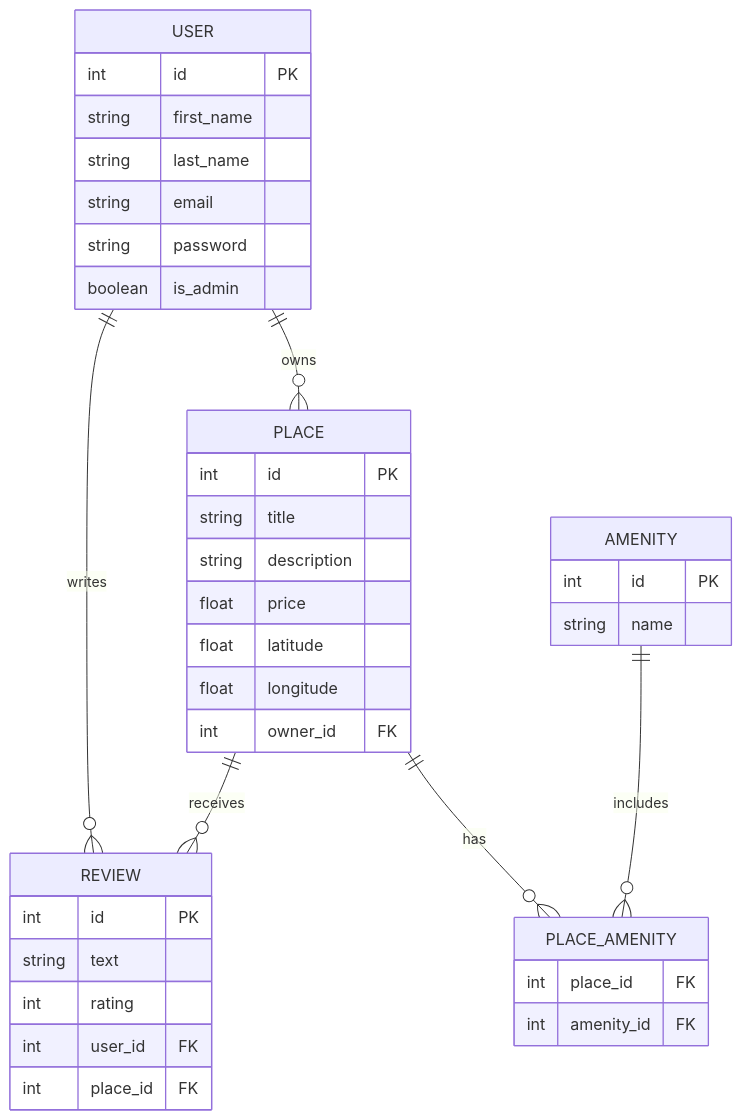
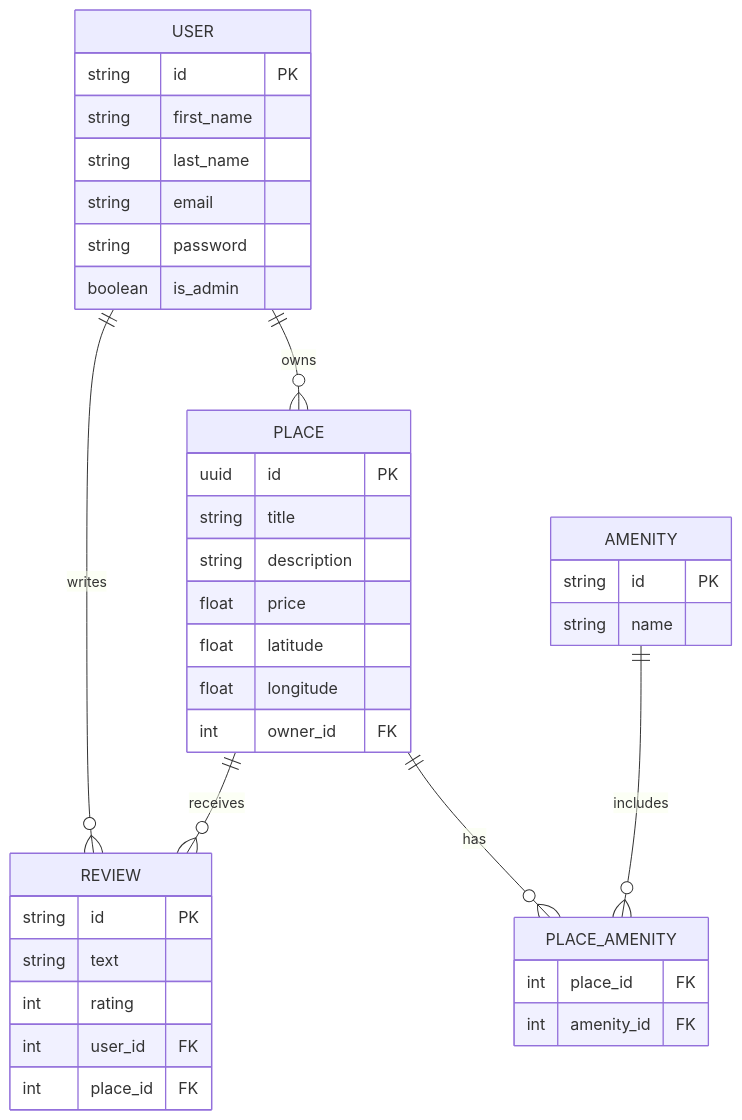
One commit to Writingway/holbertonschool-hbnb changed the diagram in part3/hbnb/ER_Diagram.md. Above: the diagram before and after it, drawn with Mermaid.

Commit message:
fix: update data types for primary keys in ER diagram

````diff
--- a/part3/hbnb/ER_Diagram.md
+++ b/part3/hbnb/ER_Diagram.md
@@ -1,46 +1,46 @@
 ```mermaid
 erDiagram
 
     USER {
-        int id PK
+        string id PK
         string first_name
         string last_name
         string email
         string password
         boolean is_admin
     }
 
     PLACE {
-        int id PK
+        uuid id PK
         string title
         string description
         float price
         float latitude
         float longitude
         int owner_id FK
     }
 
     REVIEW {
-        int id PK
+        string id PK
         string text
         int rating
         int user_id FK
         int place_id FK
     }
 
     AMENITY {
-        int id PK
+        string id PK
         string name
     }
 
     PLACE_AMENITY {
         int place_id FK
         int amenity_id FK
     }
 
     USER ||--o{ PLACE : owns
     USER ||--o{ REVIEW : writes
     PLACE ||--o{ REVIEW : receives
     PLACE ||--o{ PLACE_AMENITY : has
     AMENITY ||--o{ PLACE_AMENITY : includes
 ```
````
